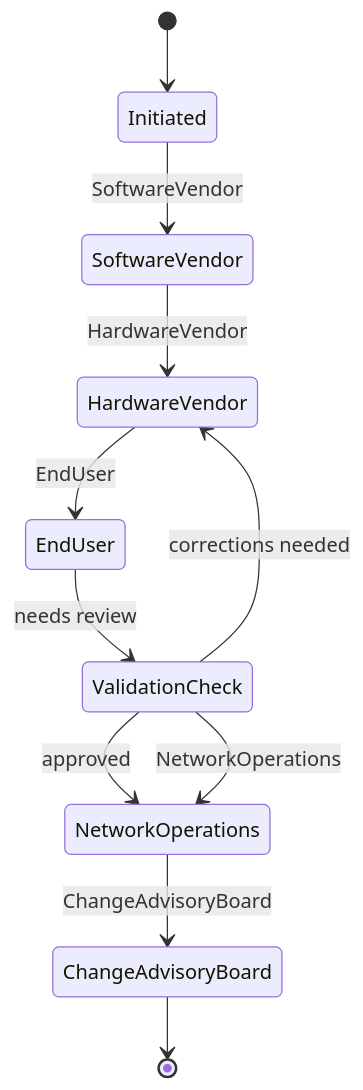
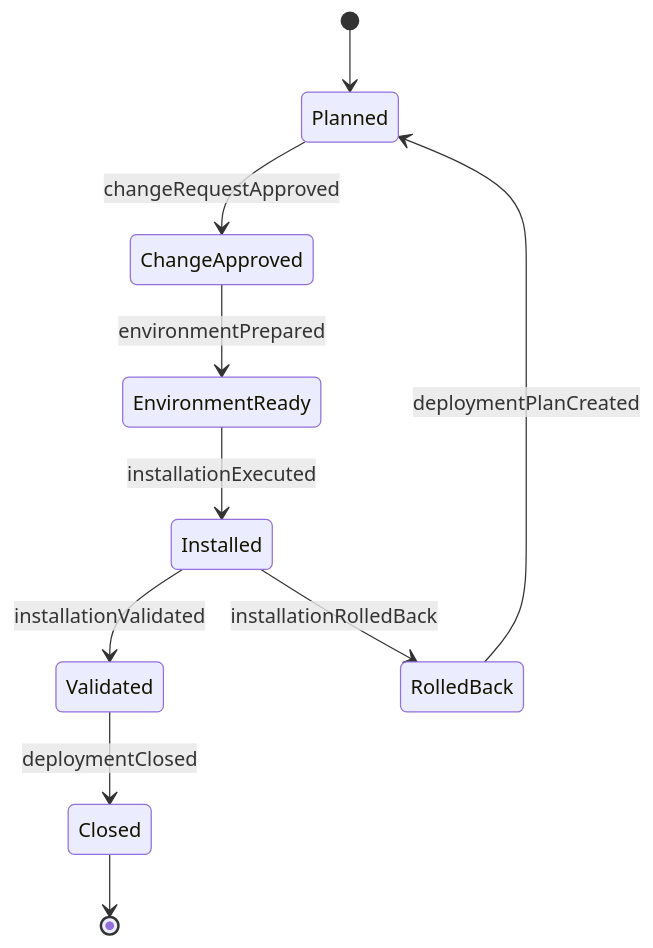
The second of 4 diagrams in GuidingDirectingAndMotivatingSubordinates/DirectScientificOrTechnicalActivities/CoordinateSoftwareHardwareInstallation.mdx (dot-org-ai/tasks.org.ai), drawn with Mermaid before and after one commit. The commit also changed other lines of this file and 515 other files, not shown here.

````diff
--- a/GuidingDirectingAndMotivatingSubordinates/DirectScientificOrTechnicalActivities/CoordinateSoftwareHardwareInstallation.mdx
+++ b/GuidingDirectingAndMotivatingSubordinates/DirectScientificOrTechnicalActivities/CoordinateSoftwareHardwareInstallation.mdx
@@ -101,13 +99,12 @@
 ```mermaid
 stateDiagram-v2
-    [*] --> Initiated
-    Initiated --> SoftwareVendor: SoftwareVendor
-    SoftwareVendor --> HardwareVendor: HardwareVendor
-    HardwareVendor --> EndUser: EndUser
-    EndUser --> ValidationCheck: needs review
-    ValidationCheck --> HardwareVendor: corrections needed
-    ValidationCheck --> NetworkOperations: approved
-    ValidationCheck --> NetworkOperations: NetworkOperations
-    NetworkOperations --> ChangeAdvisoryBoard: ChangeAdvisoryBoard
-    ChangeAdvisoryBoard --> [*]
+    [*] --> Planned
+    Planned --> ChangeApproved : changeRequestApproved
+    ChangeApproved --> EnvironmentReady : environmentPrepared
+    EnvironmentReady --> Installed : installationExecuted
+    Installed --> Validated : installationValidated
+    Installed --> RolledBack : installationRolledBack
+    RolledBack --> Planned : deploymentPlanCreated
+    Validated --> Closed : deploymentClosed
+    Closed --> [*]
 ```
````
